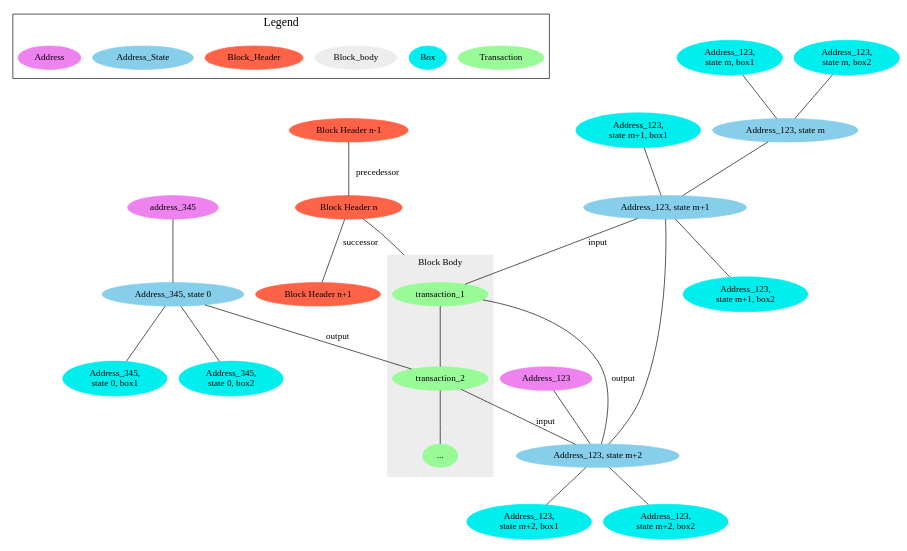
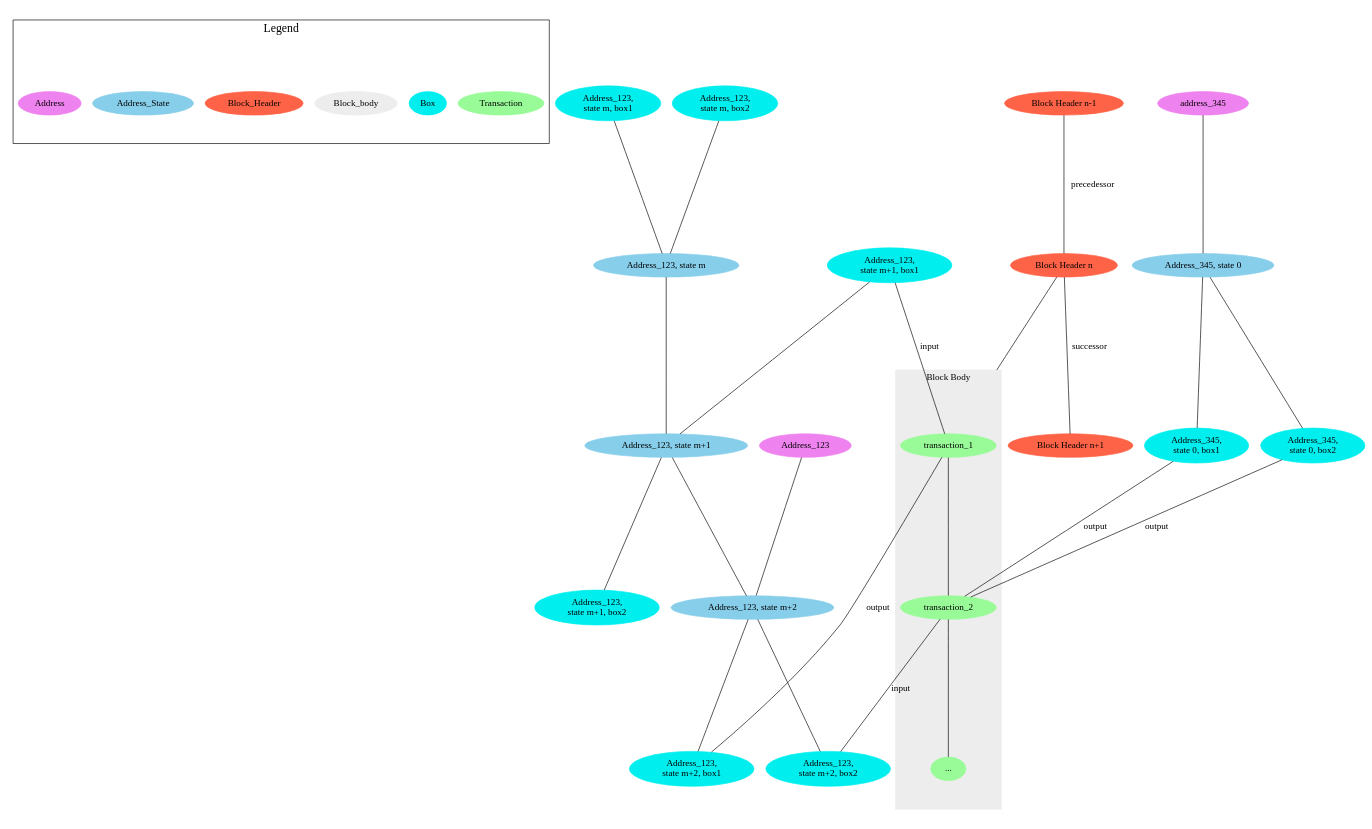
One commit to mgrand-topl/PlantUML_Sandbox changed the diagram in genus_block_data_model.dot. Above: the diagram before and after it, drawn with Graphviz.

Commit message:
transaction to boxes

```diff
--- a/genus_block_data_model.dot
+++ b/genus_block_data_model.dot
@@ -1,60 +1,61 @@
 graph g {
   subgraph cluster_legend {
     label=Legend
     fontsize=18
     Transaction [color=palegreen, style=filled]
     Box [color=cyan2, style=filled]
     Block_body [color=gray93, style=filled]
     Block_Header [color=tomato, style=filled]
     Address_State [color=skyblue, style=filled]
     Address [color=violet, style=filled]
   }
 
   ratio= 0.6;
   compound=true;
   "Block Header n" [color=tomato, style=filled]
   "Block Header n-1" [color=tomato, style=filled]
   "Block Header n-1"
   "Block Header n-1" -- "Block Header n" [label = "precedessor"];
   "Block Header n" -- "Block Header n+1" [label = "successor"]
   "Block Header n"
   "Block Header n" -- transaction_1 [lhead=cluster0]
   "Block Header n+1" [color=tomato, style=filled]
   "Block Header n+1"
 
   subgraph cluster0 {
     label = "Block Body"
     color=gray93
     style=filled
     "..." [color=palegreen, style=filled]
     transaction_1 -- transaction_2 -- "...";
   }
   "Address_123,\nstate m, box1" [color=cyan2, style=filled]
   "Address_123,\nstate m, box2" [color=cyan2, style=filled]
   {"Address_123,\nstate m, box1" "Address_123,\nstate m, box2"} -- "Address_123, state m"
   "Address_123, state m" [color=skyblue, style=filled]
   "Address_123, state m" -- "Address_123, state m+1"
   "Address_123, state m+1" [color=skyblue, style=filled]
   "Address_123,\nstate m+1, box1" [color=cyan2, style=filled]
   "Address_123,\nstate m+1, box2" [color=cyan2, style=filled]
   "Address_123,\nstate m+1, box1" -- "Address_123, state m+1"
   "Address_123, state m+1" -- "Address_123,\nstate m+1, box2"
-  "Address_123, state m+1" -- transaction_1 [label="input"]
+  "Address_123,\nstate m+1, box1" -- transaction_1 [label="input"]
   "Address_123,\nstate m+2, box1" [color=cyan2, style=filled]
   "Address_123,\nstate m+2, box2" [color=cyan2, style=filled]
   "Address_123, state m+1" -- "Address_123, state m+2" -- {"Address_123,\nstate m+2, box1" "Address_123,\nstate m+2, box2"}
   transaction_1 [color=palegreen, style=filled]
   "Address_123, state m+2" [color=skyblue, style=filled]
-  transaction_1 -- "Address_123, state m+2" [label = "output"]
+  transaction_1 -- "Address_123,\nstate m+2, box1" [label = "output"]
   transaction_2 [color=palegreen, style=filled]
-  transaction_2 -- "Address_123, state m+2" [label="input"]
+  transaction_2 -- "Address_123,\nstate m+2, box2" [label="input"]
   Address_123 [color=violet, style=filled]
   Address_123 -- "Address_123, state m+2"
   "Address_345, state 0" [color=skyblue, style=filled]
-  "Address_345, state 0" -- transaction_2 [label="output"]
+  "Address_345,\nstate 0, box1" -- transaction_2 [label="output"]
+  "Address_345,\nstate 0, box2" -- transaction_2 [label="output"]
   "Address_345,\nstate 0, box1" [color=cyan2, style=filled]
   "Address_345,\nstate 0, box2" [color=cyan2, style=filled]
   "Address_345, state 0" -- {"Address_345,\nstate 0, box1" "Address_345,\nstate 0, box2"}
   "address_345" [color=violet, style=filled]
   "address_345" -- "Address_345, state 0"
 }
```
